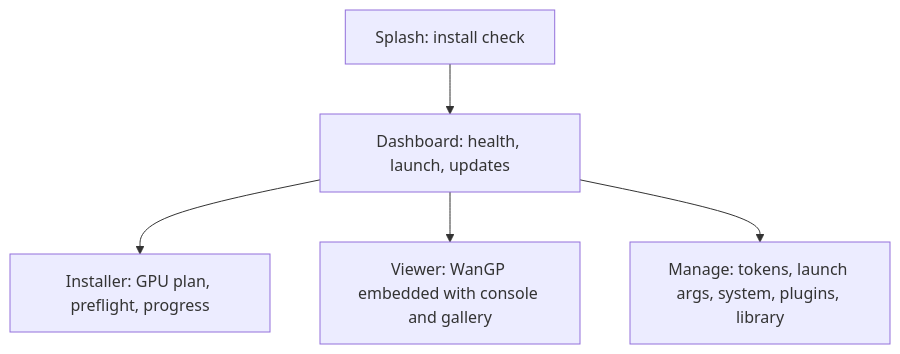
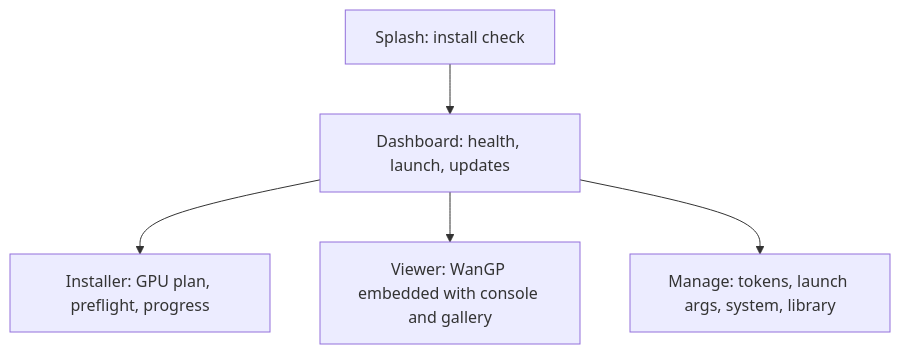
One commit to GKartist75/Wan2GP-Desktop-Tauri changed the first of 2 diagrams in docs/USER-GUIDE.md. Above: the diagram before and after it, drawn with Mermaid. The commit also changed other lines of this file and 24 other files, not shown here.

````diff
--- a/docs/USER-GUIDE.md
+++ b/docs/USER-GUIDE.md
@@ -14,7 +14,7 @@
 ```mermaid
 flowchart TD
   S["Splash: install check"] --> D["Dashboard: health, launch, updates"]
   D --> I["Installer: GPU plan, preflight, progress"]
   D --> V["Viewer: WanGP embedded with console and gallery"]
-  D --> M["Manage: tokens, launch args, system, plugins, library"]
+  D --> M["Manage: tokens, launch args, system, library"]
 ```
````
